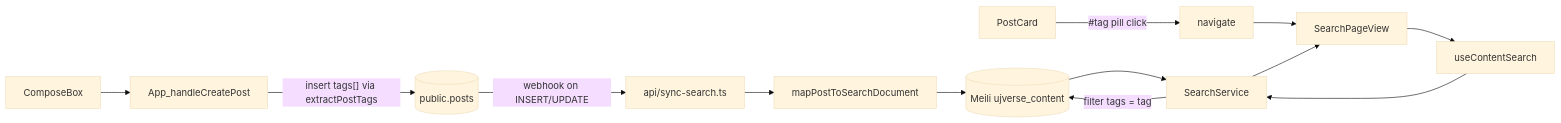
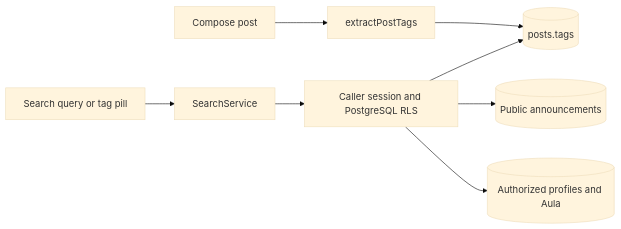
One commit to tenkejj/ujverse changed the diagram in .cursor/rules/ARCHITECT_MAP.md. Above: the diagram before and after it, drawn with Mermaid (base theme). The commit also changed other lines of this file and 90 other files, not shown here.

Commit message:
Implement post-pivot audit actions and secure database search

````diff
--- a/.cursor/rules/ARCHITECT_MAP.md
+++ b/.cursor/rules/ARCHITECT_MAP.md
@@ -601,13 +603,10 @@
 ```mermaid
 flowchart LR
-  ComposeBox --> App_handleCreatePost
-  App_handleCreatePost -->|"insert tags[] via extractPostTags"| posts_table[(public.posts)]
-  posts_table -->|webhook on INSERT/UPDATE| sync_search[api/sync-search.ts]
-  sync_search --> mapPostToSearchDocument
-  mapPostToSearchDocument --> meili_content[(Meili ujverse_content)]
-  PostCard -->|"#tag pill click"| navigate
-  navigate --> SearchPageView
-  SearchPageView --> useContentSearch --> SearchService
-  SearchService -->|"filter tags = tag"| meili_content
-  meili_content --> SearchService --> SearchPageView
+  compose[Compose post] --> extract[extractPostTags]
+  extract --> posts[(posts.tags)]
+  query[Search query or tag pill] --> service[SearchService]
+  service --> session[Caller session and PostgreSQL RLS]
+  session --> posts
+  session --> public[(Public announcements)]
+  session --> private[(Authorized profiles and Aula)]
 ```
````
